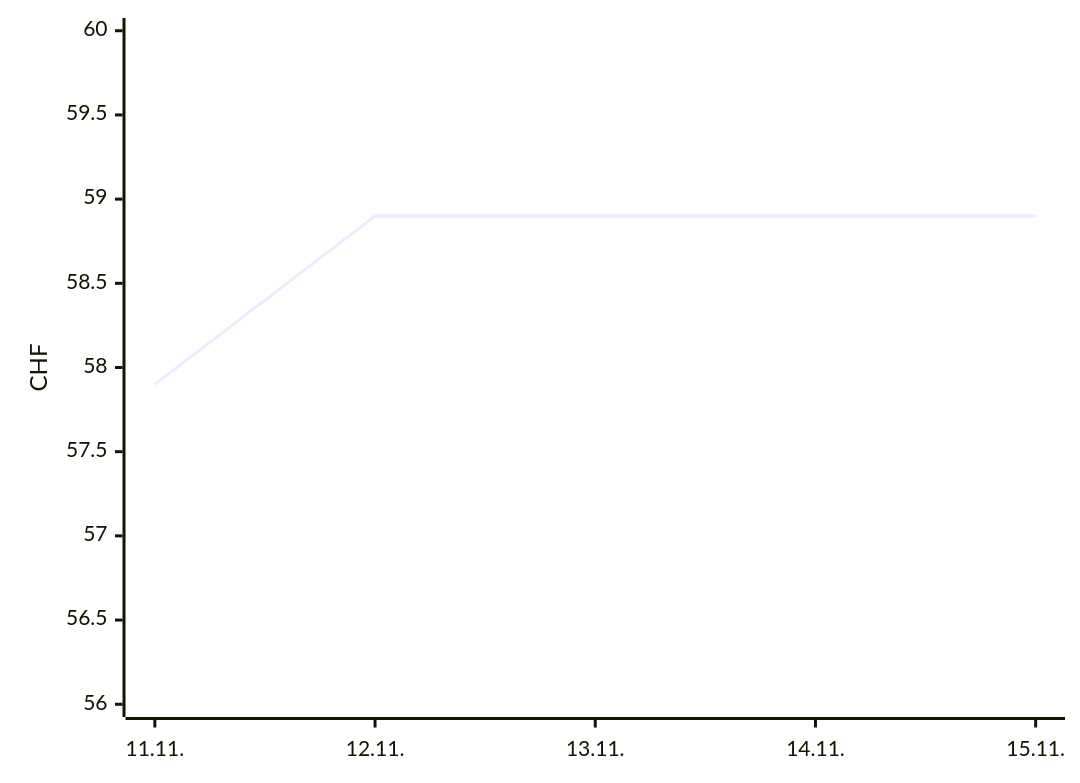
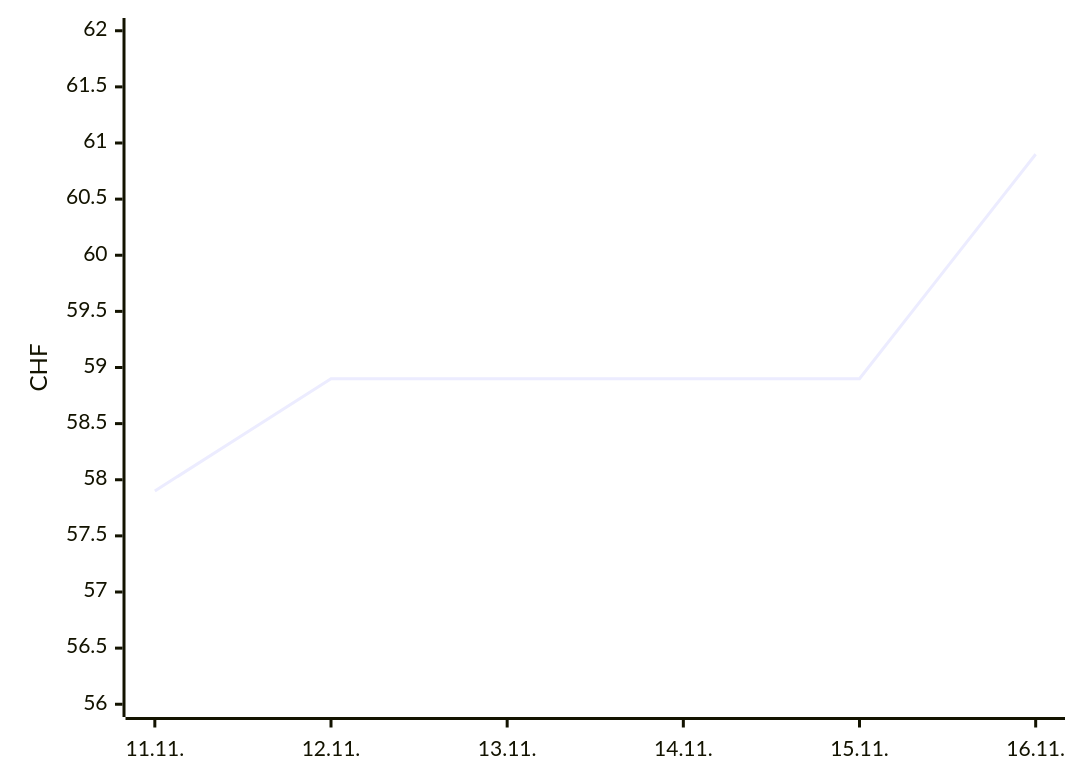
Before and after one commit to Akira2828/my-Galaxus-MCP: the second of 2 diagrams in README.md, drawn with Mermaid. The commit also changed other lines of this file and 1 other file, not shown here.

````diff
--- a/README.md
+++ b/README.md
@@ -25,6 +25,6 @@
 ```mermaid
 xychart-beta
-  x-axis ["11.11.", "12.11.", "13.11.", "14.11.", "15.11."]
-  y-axis "CHF" 56 --> 60
-  line [57.9, 58.9, 58.9, 58.9, 58.9]
+  x-axis ["11.11.", "12.11.", "13.11.", "14.11.", "15.11.", "16.11."]
+  y-axis "CHF" 56 --> 62
+  line [57.9, 58.9, 58.9, 58.9, 58.9, 60.9]
 ```
````
